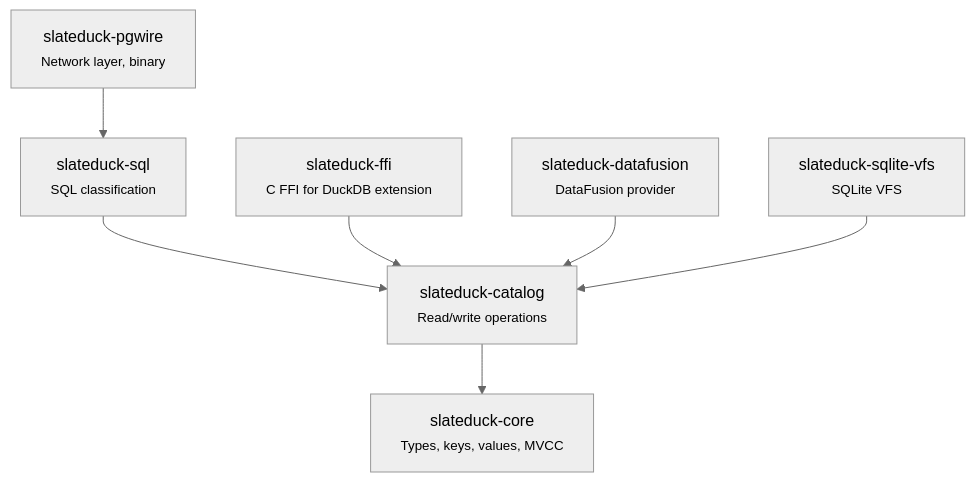
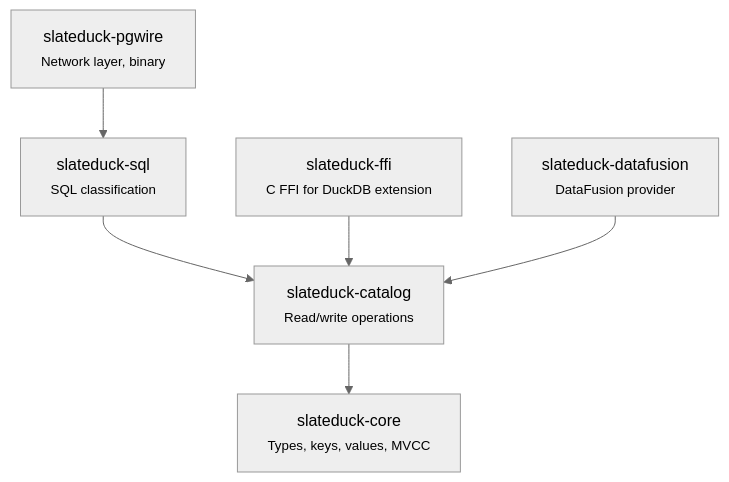
Before and after one commit to trickle-labs/rocklake: the diagram in docs/contributing/architecture-guide.md, drawn with Mermaid (neutral theme). The commit also changed other lines of this file and 48 other files, not shown here.

````diff
--- a/docs/contributing/architecture-guide.md
+++ b/docs/contributing/architecture-guide.md
@@ -9,9 +9,8 @@
 ```mermaid
 graph TD
     pgwire[slateduck-pgwire<br/><small>Network layer, binary</small>] --> sql[slateduck-sql<br/><small>SQL classification</small>]
     sql --> catalog[slateduck-catalog<br/><small>Read/write operations</small>]
     catalog --> core[slateduck-core<br/><small>Types, keys, values, MVCC</small>]
     ffi[slateduck-ffi<br/><small>C FFI for DuckDB extension</small>] --> catalog
     datafusion[slateduck-datafusion<br/><small>DataFusion provider</small>] --> catalog
-    sqlite[slateduck-sqlite-vfs<br/><small>SQLite VFS</small>] --> catalog
 ```
````
